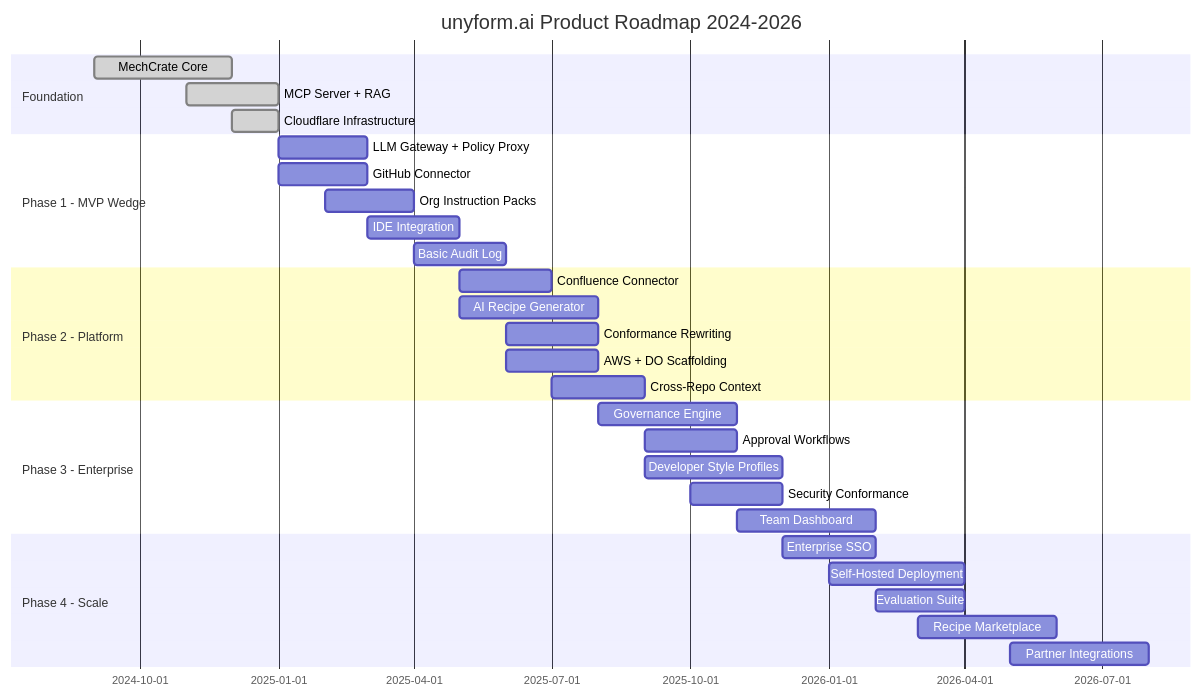
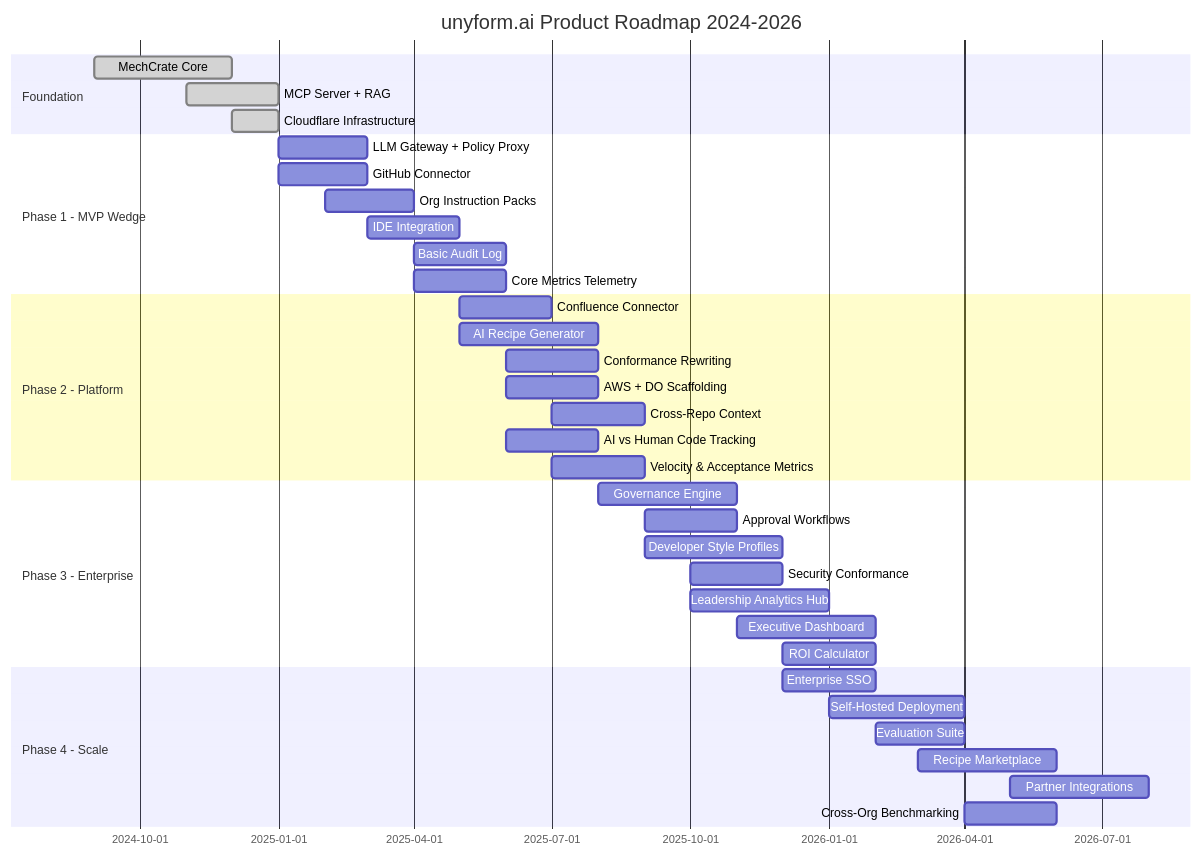
One commit to Dev916/mech-crate changed the first of 4 diagrams in docs/unyform/ROADMAP.md. Above: the diagram before and after it, drawn with Mermaid. The commit also changed other lines of this file, not shown here.

Commit message:
feat(docs): update roadmap with new metrics and dashboard features

````diff
--- a/docs/unyform/ROADMAP.md
+++ b/docs/unyform/ROADMAP.md
@@ -22,38 +22,44 @@
 ```mermaid
 gantt
     title unyform.ai Product Roadmap 2024-2026
     dateFormat YYYY-MM
     
     section Foundation
     MechCrate Core               :done, f1, 2024-09, 2024-12
     MCP Server + RAG             :done, f2, 2024-11, 2025-01
     Cloudflare Infrastructure    :done, f3, 2024-12, 2025-01
     
     section Phase 1 - MVP Wedge
     LLM Gateway + Policy Proxy   :p1a, 2025-01, 2025-03
     GitHub Connector             :p1b, 2025-01, 2025-03
     Org Instruction Packs        :p1c, 2025-02, 2025-04
     IDE Integration              :p1d, 2025-03, 2025-05
     Basic Audit Log              :p1e, 2025-04, 2025-06
+    Core Metrics Telemetry       :p1f, 2025-04, 2025-06
     
     section Phase 2 - Platform
     Confluence Connector         :p2a, 2025-05, 2025-07
     AI Recipe Generator          :p2b, 2025-05, 2025-08
     Conformance Rewriting        :p2c, 2025-06, 2025-08
     AWS + DO Scaffolding         :p2d, 2025-06, 2025-08
     Cross-Repo Context           :p2e, 2025-07, 2025-09
+    AI vs Human Code Tracking    :p2f, 2025-06, 2025-08
+    Velocity & Acceptance Metrics:p2g, 2025-07, 2025-09
     
     section Phase 3 - Enterprise
     Governance Engine            :p3a, 2025-08, 2025-11
     Approval Workflows           :p3b, 2025-09, 2025-11
     Developer Style Profiles     :p3c, 2025-09, 2025-12
     Security Conformance         :p3d, 2025-10, 2025-12
-    Team Dashboard               :p3e, 2025-11, 2026-02
+    Leadership Analytics Hub     :p3e, 2025-10, 2026-01
+    Executive Dashboard          :p3f, 2025-11, 2026-02
+    ROI Calculator               :p3g, 2025-12, 2026-02
     
     section Phase 4 - Scale
     Enterprise SSO               :p4a, 2025-12, 2026-02
     Self-Hosted Deployment       :p4b, 2026-01, 2026-04
     Evaluation Suite             :p4c, 2026-02, 2026-04
     Recipe Marketplace           :p4d, 2026-03, 2026-06
     Partner Integrations         :p4e, 2026-05, 2026-08
+    Cross-Org Benchmarking       :p4f, 2026-04, 2026-06
 ```
````
